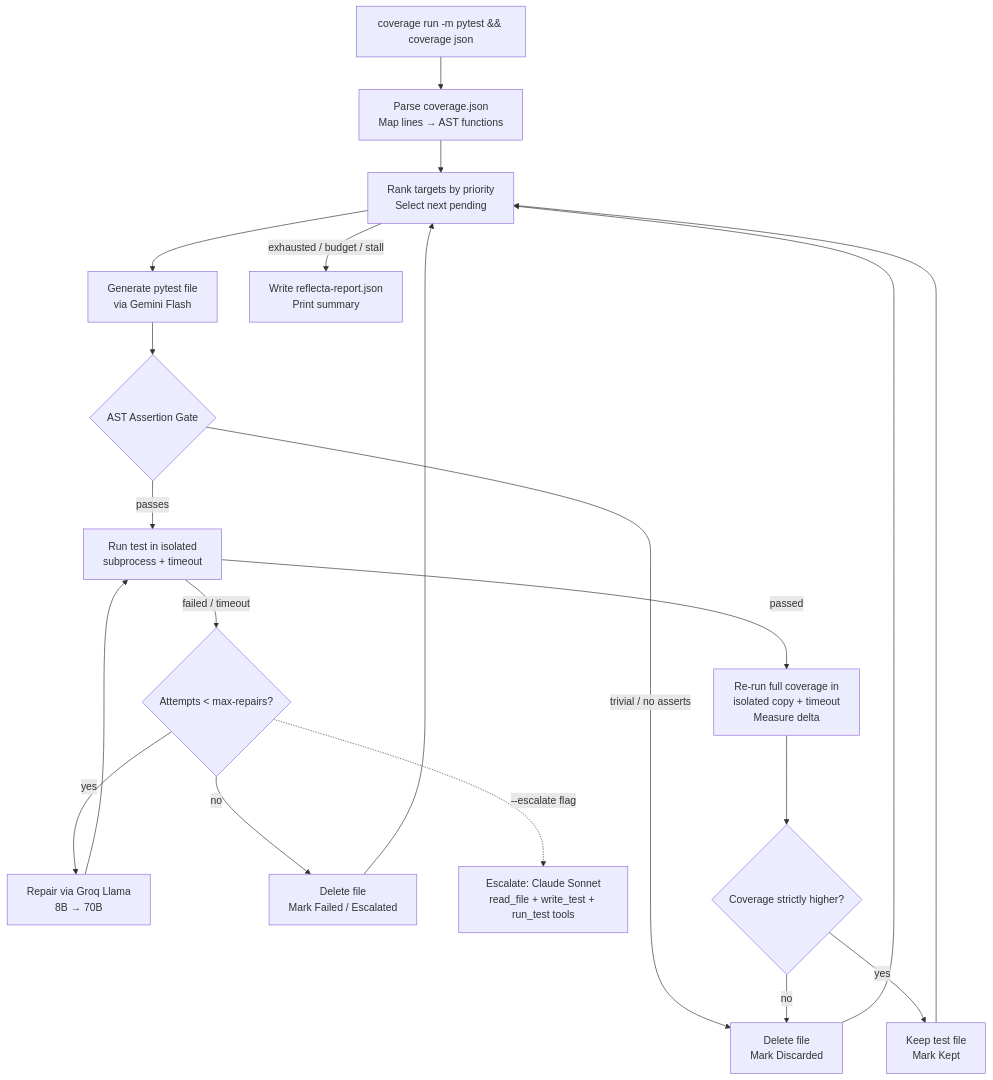
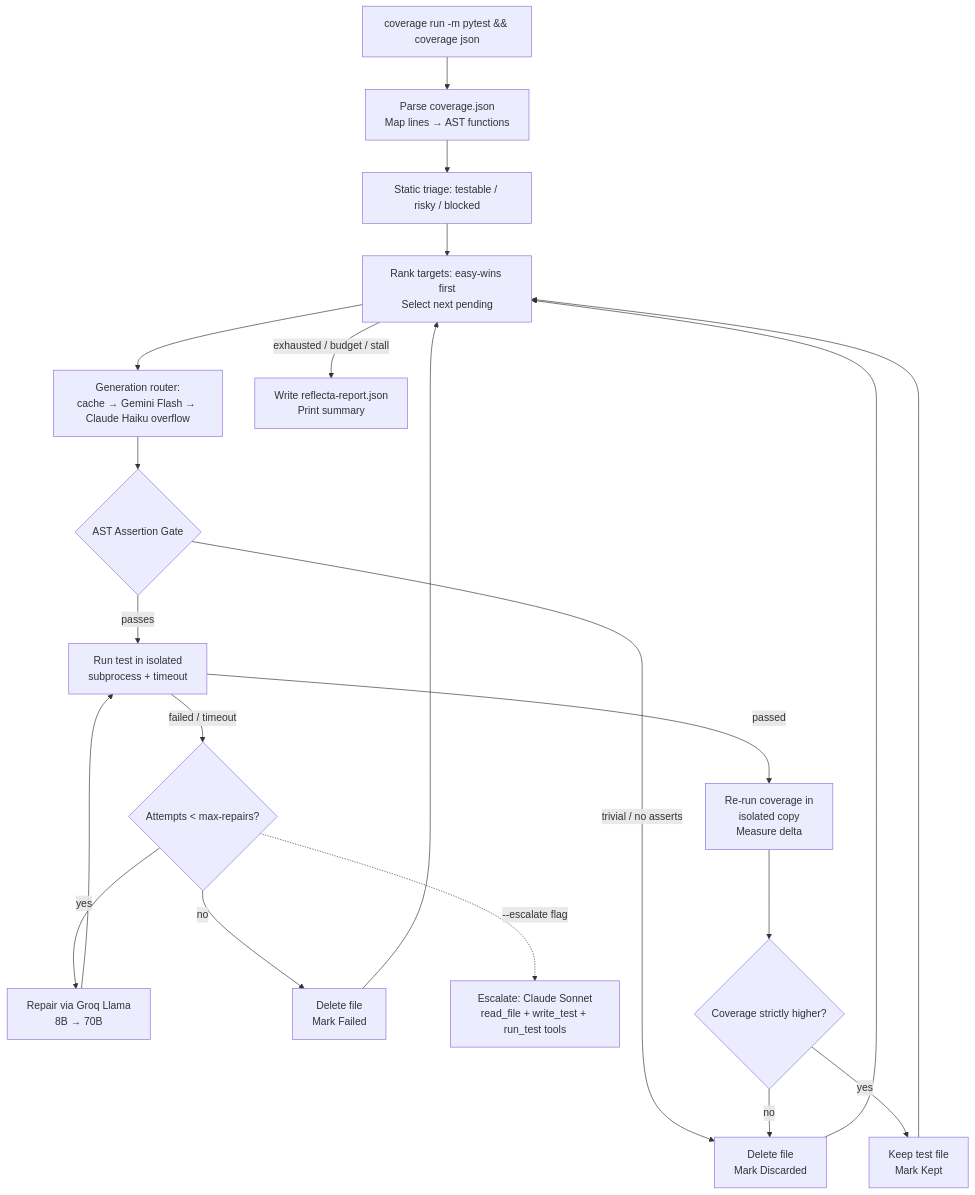
Before and after one commit to parthiv-2006/Reflecta-Ai-Agent: the diagram in README.md, drawn with Mermaid. The commit also changed other lines of this file, not shown here.

````diff
--- a/README.md
+++ b/README.md
@@ -46,21 +44,22 @@
 ```mermaid
 graph TD
     A[coverage run -m pytest && coverage json] --> B[Parse coverage.json\nMap lines → AST functions]
-    B --> C[Rank targets by priority\nSelect next pending]
-    C --> D[Generate pytest file\nvia Gemini Flash]
-    D --> E{AST Assertion Gate}
-    E -- trivial / no asserts --> F[Delete file\nMark Discarded]
-    E -- passes --> G[Run test in isolated\nsubprocess + timeout]
-    G -- failed / timeout --> H{Attempts < max-repairs?}
-    H -- yes --> I[Repair via Groq Llama\n8B → 70B] --> G
-    H -- no --> J[Delete file\nMark Failed / Escalated]
-    H -. --escalate flag .-> O[Escalate: Claude Sonnet\nread_file + write_test + run_test tools]
-    G -- passed --> K[Re-run full coverage in\nisolated copy + timeout\nMeasure delta]
-    K --> L{Coverage strictly higher?}
-    L -- yes --> M[Keep test file\nMark Kept]
-    L -- no --> F
-    M --> C
-    F --> C
-    J --> C
-    C -- exhausted / budget / stall --> N[Write reflecta-report.json\nPrint summary]
+    B --> C[Static triage: testable / risky / blocked]
+    C --> D[Rank targets: easy-wins first\nSelect next pending]
+    D --> E[Generation router:\ncache → Gemini Flash → Claude Haiku overflow]
+    E --> F{AST Assertion Gate}
+    F -- trivial / no asserts --> G[Delete file\nMark Discarded]
+    F -- passes --> H[Run test in isolated\nsubprocess + timeout]
+    H -- failed / timeout --> I{Attempts < max-repairs?}
+    I -- yes --> J[Repair via Groq Llama\n8B → 70B] --> H
+    I -- no --> K[Delete file\nMark Failed]
+    I -. --escalate flag .-> L[Escalate: Claude Sonnet\nread_file + write_test + run_test tools]
+    H -- passed --> M[Re-run coverage in\nisolated copy\nMeasure delta]
+    M --> N{Coverage strictly higher?}
+    N -- yes --> O[Keep test file\nMark Kept]
+    N -- no --> G
+    O --> D
+    G --> D
+    K --> D
+    D -- exhausted / budget / stall --> P[Write reflecta-report.json\nPrint summary]
 ```
````
